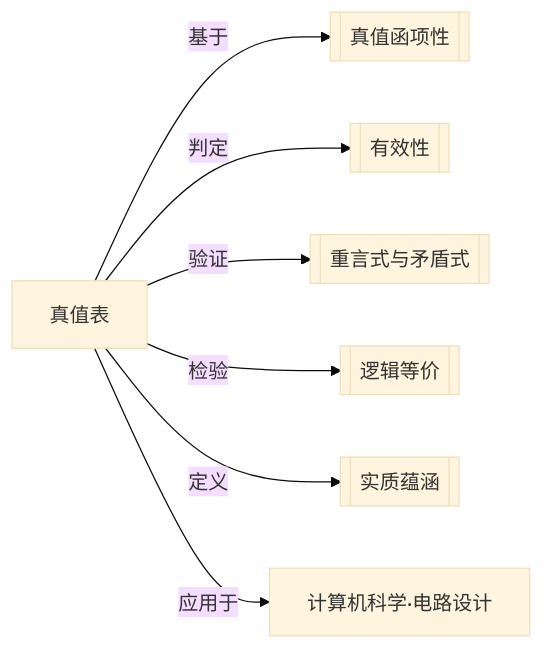
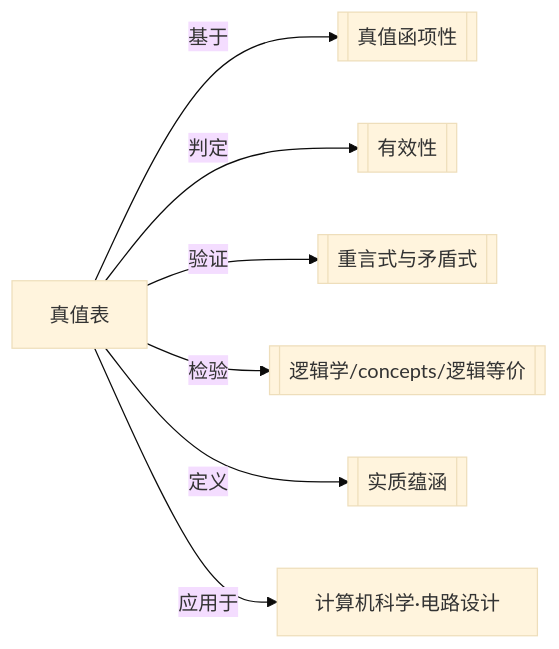
Before and after one commit to zc63463-cmyk/Obsidian-csbase: the diagram in Content/逻辑学/concepts/真值表.md, drawn with Mermaid (base theme). The commit also changed other lines of this file and 769 other files, not shown here.

````diff
--- a/Content/逻辑学/concepts/真值表.md
+++ b/Content/逻辑学/concepts/真值表.md
@@ -123,9 +126,9 @@
 ```mermaid
 graph LR
     TT[真值表] --> |基于| TF[[真值函项性]]
     TT --> |判定| VAL[[有效性]]
     TT --> |验证| TAUT[[重言式与矛盾式]]
-    TT --> |检验| LE[[逻辑等价]]
+    TT --> |检验| LE[[逻辑学/concepts/逻辑等价]]
     TT --> |定义| MI[[实质蕴涵]]
     TT --> |应用于| CS[计算机科学·电路设计]
 ```
````
